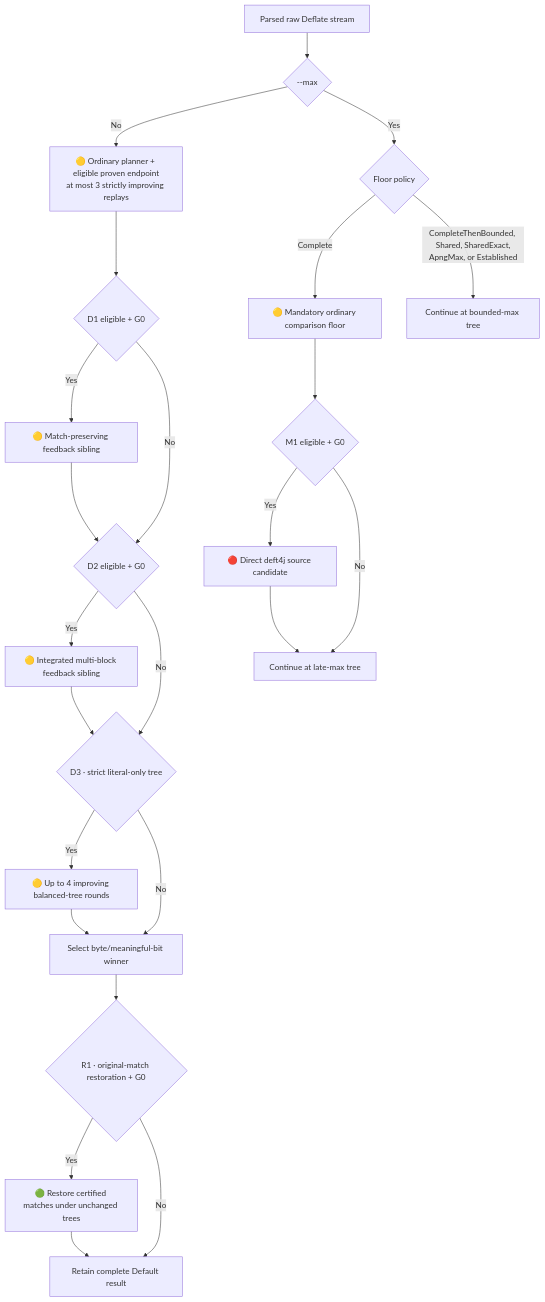
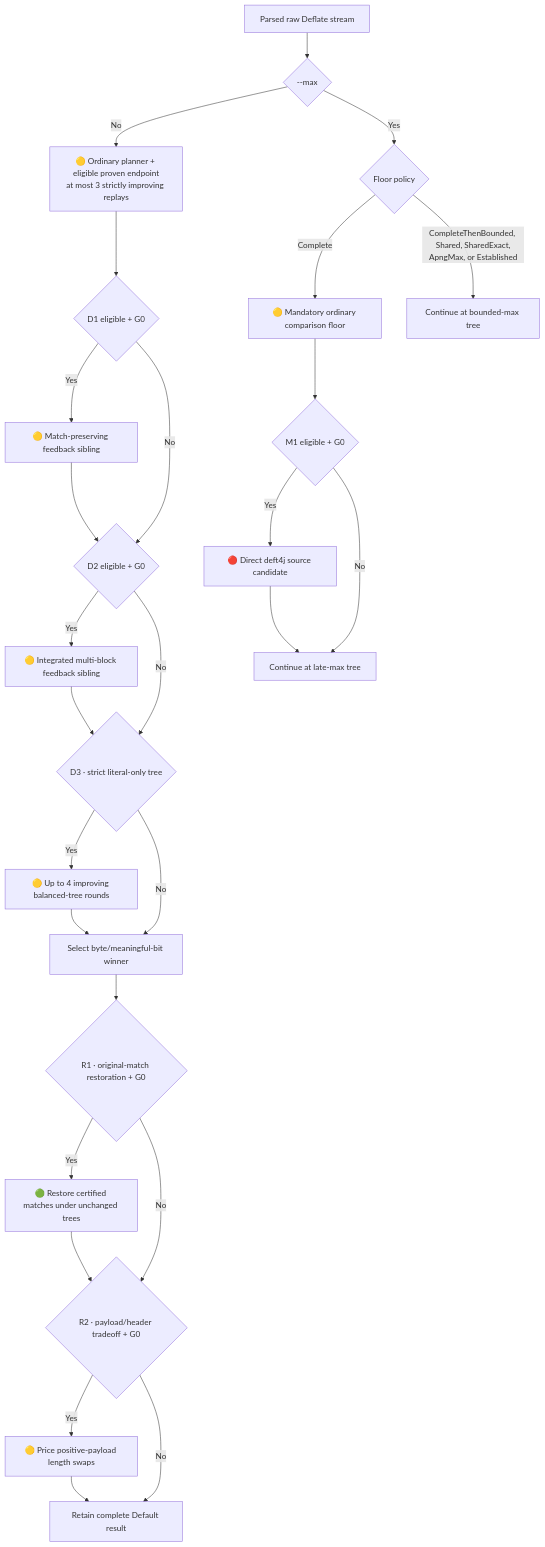
Before and after one commit to ace-dent/columbo: the third of 6 diagrams in docs/routes-and-methods.md, drawn with Mermaid. The commit also changed other lines of this file and 3 other files, not shown here.

Commit message:
core: Trade payload bits for smaller Deflate header

````diff
--- a/docs/routes-and-methods.md
+++ b/docs/routes-and-methods.md
@@ -241,27 +241,30 @@
 ```mermaid
 flowchart TD
     RAW["Parsed raw Deflate stream"] --> MODE{"--max"}
     MODE -- "No" --> DEF["🟡 Ordinary planner + eligible proven endpoint<br/>at most 3 strictly improving replays"]
     DEF --> D1{"D1 eligible + G0"}
     D1 -- "Yes" --> D1RUN["🟡 Match-preserving feedback sibling"]
     D1 -- "No" --> D2
     D1RUN --> D2{"D2 eligible + G0"}
     D2 -- "Yes" --> D2RUN["🟡 Integrated multi-block feedback sibling"]
     D2 -- "No" --> D3
     D2RUN --> D3{"D3 · strict literal-only tree"}
     D3 -- "Yes" --> D3RUN["🟡 Up to 4 improving balanced-tree rounds"]
     D3 -- "No" --> PICK
     D3RUN --> PICK["Select byte/meaningful-bit winner"]
     PICK --> R1{"R1 · original-match restoration + G0"}
     R1 -- "Yes" --> RESTORE["🟢 Restore certified matches under unchanged trees"]
-    R1 -- "No" --> DEFAULTEND["Retain complete Default result"]
-    RESTORE --> DEFAULTEND
+    R1 -- "No" --> R2{"R2 · payload/header tradeoff + G0"}
+    RESTORE --> R2
+    R2 -- "Yes" --> TRADEOFF["🟡 Price positive-payload length swaps"]
+    R2 -- "No" --> DEFAULTEND["Retain complete Default result"]
+    TRADEOFF --> DEFAULTEND
 
     MODE -- "Yes" --> POLICY{"Floor policy"}
     POLICY -- "Complete" --> CFLOOR["🟡 Mandatory ordinary comparison floor"]
     CFLOOR --> CM1{"M1 eligible + G0"}
     CM1 -- "Yes" --> CDEFT["🔴 Direct deft4j source candidate"]
     CM1 -- "No" --> LATE["Continue at late-max tree"]
     CDEFT --> LATE
     POLICY -- "CompleteThenBounded, Shared, SharedExact,<br/>ApngMax, or Established" --> BOUNDED["Continue at bounded-max tree"]
 ```
````
